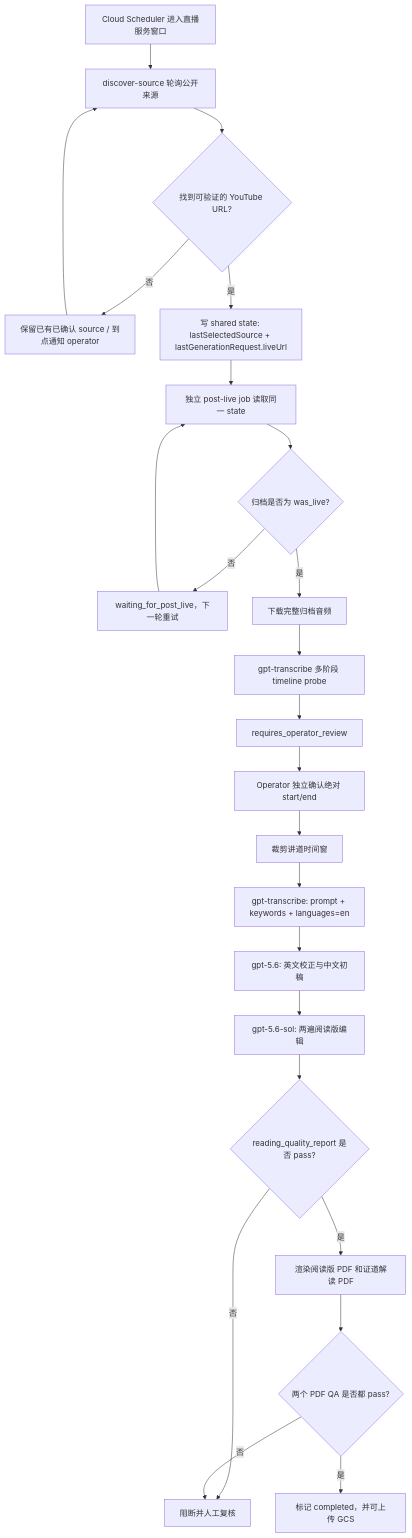
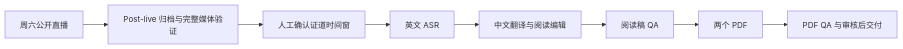
The first of 2 diagrams in README.zh.md (JonathanJing/sermon-video-zh-subtitles), drawn with Mermaid before and after one commit. The commit also changed other lines of this file and 4 other files, not shown here.

````diff
--- a/README.zh.md
+++ b/README.zh.md
@@ -57,26 +27,10 @@
 ```mermaid
-flowchart TD
-    A[Cloud Scheduler 进入直播服务窗口] --> B[discover-source 轮询公开来源]
-    B --> C{找到可验证的 YouTube URL?}
-    C -- 否 --> D[保留已有已确认 source / 到点通知 operator]
-    C -- 是 --> E["写 shared state: lastSelectedSource + lastGenerationRequest.liveUrl"]
-    D --> B
-    E --> F[独立 post-live job 读取同一 state]
-    F --> G{归档是否为 was_live?}
-    G -- 否 --> H[waiting_for_post_live，下一轮重试]
-    H --> F
-    G -- 是 --> I[下载完整归档音频]
-    I --> J[gpt-transcribe 多阶段 timeline probe]
-    J --> K[requires_operator_review]
-    K --> L[Operator 独立确认绝对 start/end]
-    L --> M[裁剪讲道时间窗]
-    M --> N["gpt-transcribe: prompt + keywords + languages=en"]
-    N --> O["gpt-5.6: 英文校正与中文初稿"]
-    O --> P["gpt-5.6-sol: 两遍阅读版编辑"]
-    P --> Q{reading_quality_report 是否 pass?}
-    Q -- 否 --> R[阻断并人工复核]
-    Q -- 是 --> S[渲染阅读版 PDF 和证道解读 PDF]
-    S --> T{两个 PDF QA 是否都 pass?}
-    T -- 否 --> R
-    T -- 是 --> U[标记 completed，并可上传 GCS]
+flowchart LR
+    A[周六公开直播] --> B[Post-live 归档与完整媒体验证]
+    B --> C[人工确认证道时间窗]
+    C --> D[英文 ASR]
+    D --> E[中文翻译与阅读编辑]
+    E --> F[阅读稿 QA]
+    F --> G[两个 PDF]
+    G --> H[PDF QA 与审核后交付]
 ```
````
